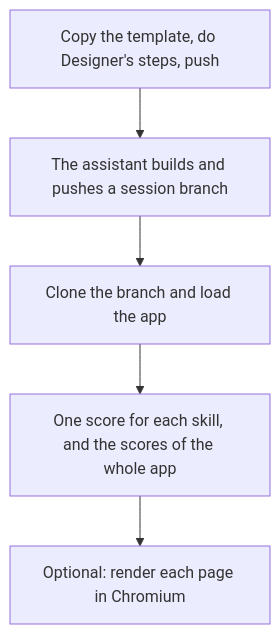
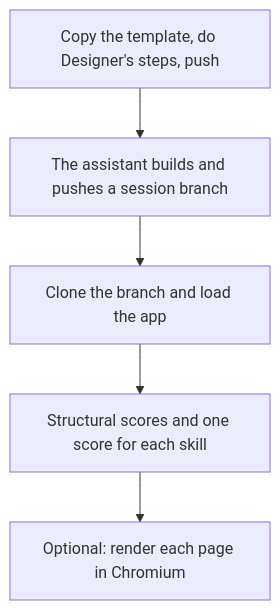
Before and after one commit to Altinn/altinn-studio: the second of 6 diagrams in src/AI/assistant/docs/modules/benchmarks.md, drawn with Mermaid. The commit also changed other lines of this file and 18 other files, not shown here.

````diff
--- a/src/AI/assistant/docs/modules/benchmarks.md
+++ b/src/AI/assistant/docs/modules/benchmarks.md
@@ -33,7 +33,7 @@
 ```mermaid
 flowchart TD
   T["Copy the template, do Designer's steps, push"] --> A["The assistant builds and pushes a session branch"]
   A --> B["Clone the branch and load the app"]
-  B --> C["One score for each skill, and the scores of the whole app"]
+  B --> C["Structural scores and one score for each skill"]
   C --> D["Optional: render each page in Chromium"]
 ```
````
